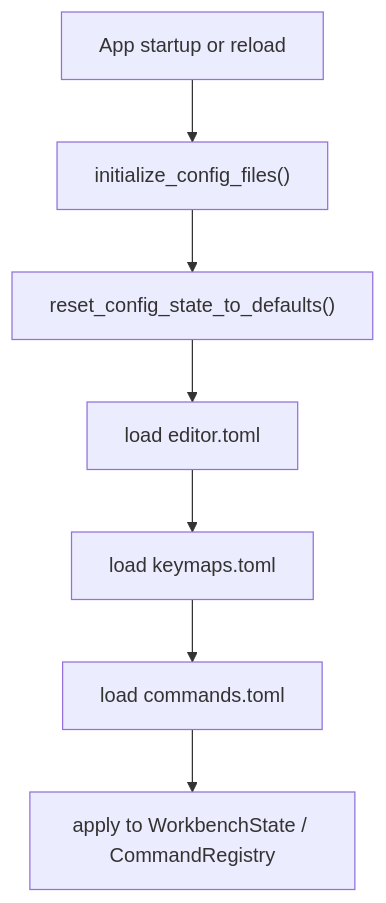
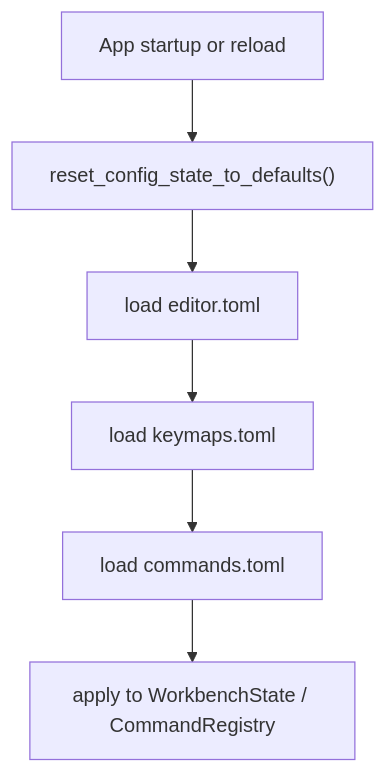
Before and after one commit to zooeywm/rim: the diagram in docs/src/content/docs/reference/config.mdx, drawn with Mermaid. The commit also changed other lines of this file and 9 other files, not shown here.

````diff
--- a/docs/src/content/docs/reference/config.mdx
+++ b/docs/src/content/docs/reference/config.mdx
@@ -27,9 +27,8 @@
 ```mermaid
 flowchart TD
-    Start["App startup or reload"] --> Init["initialize_config_files()"]
-    Init --> Reset["reset_config_state_to_defaults()"]
+    Start["App startup or reload"] --> Reset["reset_config_state_to_defaults()"]
     Reset --> Editor["load editor.toml"]
     Editor --> Keymaps["load keymaps.toml"]
     Keymaps --> Commands["load commands.toml"]
     Commands --> Apply["apply to WorkbenchState / CommandRegistry"]
 ```
````
